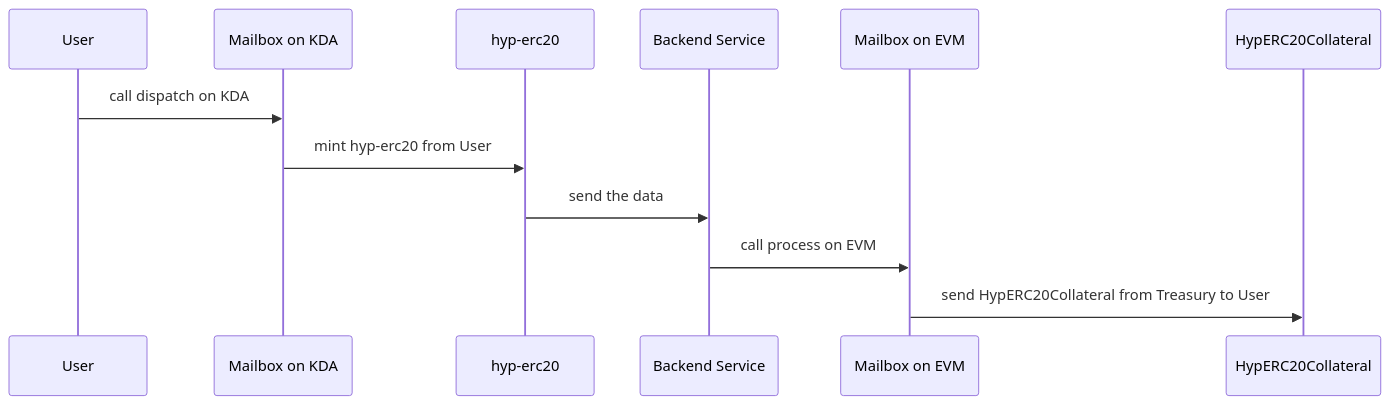
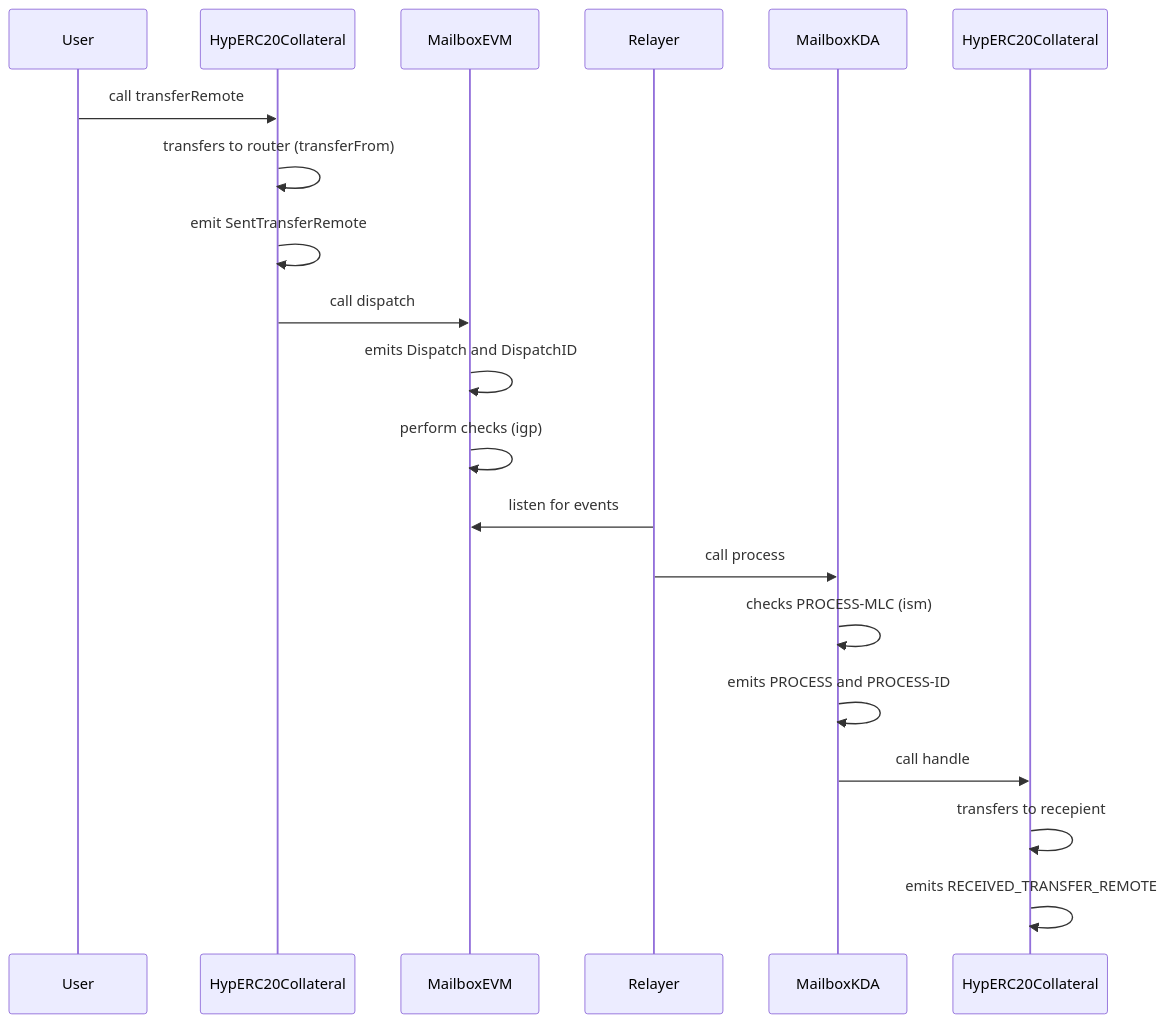
The fourth of 8 diagrams in docs/bridge-flow.md (RastkoDev/smart-contracts), drawn with Mermaid before and after one commit. The commit also changed other lines of this file, not shown here.

Commit message:
docs: update bridge flow documentation with detailed sequence diagrams

````diff
--- a/docs/bridge-flow.md
+++ b/docs/bridge-flow.md
@@ -25,15 +93,27 @@
 ```mermaid
 sequenceDiagram
-    participant U as User
-    participant MKDA as Mailbox on KDA
-    participant KDA as hyp-erc20
-    participant BE as Backend Service
-    participant MEVM as Mailbox on EVM
-    participant EVM as HypERC20Collateral
+    participant User
+    participant HypERC20ETH as HypERC20Collateral
+    participant MailboxETH as MailboxEVM
+    participant Relayer
+    participant MailboxKDA as MailboxKDA
+    participant HypERC20KDA as HypERC20Collateral
 
-    U->>MKDA: call dispatch on KDA
-    MKDA->>KDA: mint hyp-erc20 from User
-    KDA->>BE: send the data
-    BE->>MEVM: call process on EVM
-    MEVM->>EVM: send HypERC20Collateral from Treasury to User
+    User->>HypERC20ETH: call transferRemote
+    HypERC20ETH->>HypERC20ETH: transfers to router (transferFrom)
+
+    HypERC20ETH->>HypERC20ETH: emit SentTransferRemote
+    HypERC20ETH->>MailboxETH: call dispatch
+    MailboxETH->>MailboxETH: emits Dispatch and DispatchID
+    MailboxETH->>MailboxETH: perform checks (igp)
+    Relayer->>MailboxETH: listen for events
+    Relayer->>MailboxKDA: call process
+
+    MailboxKDA->>MailboxKDA: checks PROCESS-MLC (ism)
+    MailboxKDA->>MailboxKDA: emits PROCESS and PROCESS-ID 
+
+    MailboxKDA->>HypERC20KDA: call handle
+
+    HypERC20KDA->>HypERC20KDA: transfers to recepient
+    HypERC20KDA->>HypERC20KDA: emits RECEIVED_TRANSFER_REMOTE
 ```
````
